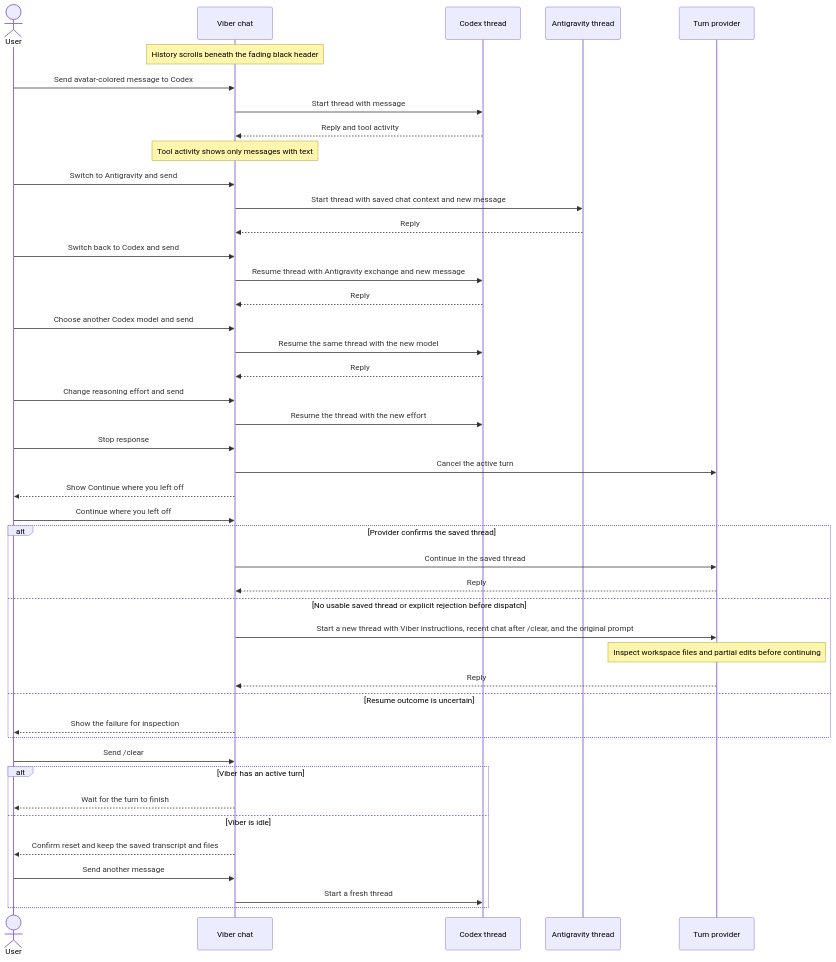
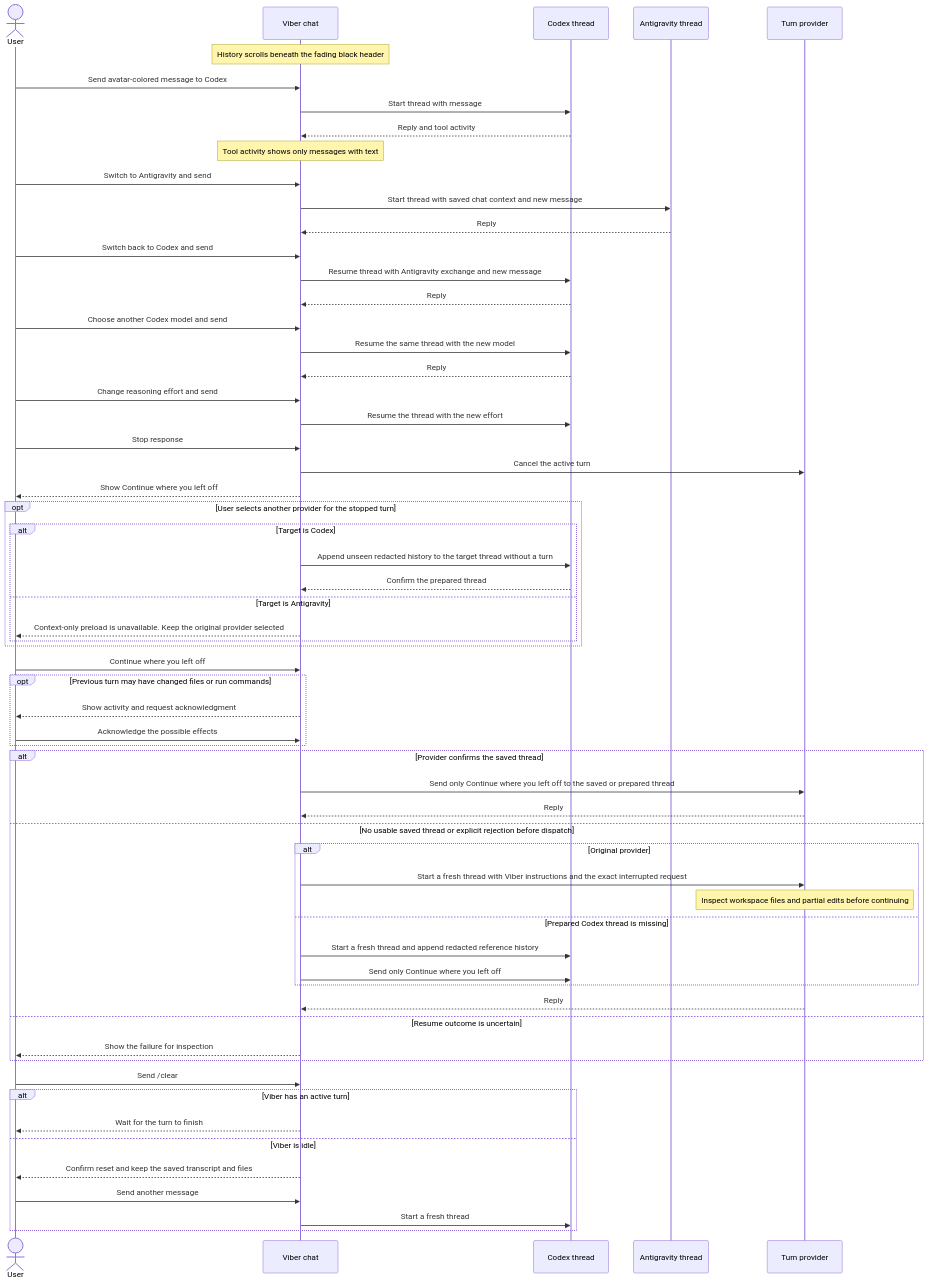
One commit to akshajrawat/akkco-vibestar changed the diagram in FEATUREMAP.md. Above: the diagram before and after it, drawn with Mermaid. The commit also changed 12 other files, not shown here.

Commit message:
fix(vibers): preserve stopped context across providers

````diff
--- a/FEATUREMAP.md
+++ b/FEATUREMAP.md
@@ -1,47 +1,64 @@
 ```mermaid
 sequenceDiagram
     actor User
     participant Chat as Viber chat
     participant Codex as Codex thread
     participant AGY as Antigravity thread
 
     participant Provider as Turn provider
     Note over Chat: History scrolls beneath the fading black header
     User->>Chat: Send avatar-colored message to Codex
     Chat->>Codex: Start thread with message
     Codex-->>Chat: Reply and tool activity
     Note over Chat: Tool activity shows only messages with text
     User->>Chat: Switch to Antigravity and send
     Chat->>AGY: Start thread with saved chat context and new message
     AGY-->>Chat: Reply
     User->>Chat: Switch back to Codex and send
     Chat->>Codex: Resume thread with Antigravity exchange and new message
     Codex-->>Chat: Reply
     User->>Chat: Choose another Codex model and send
     Chat->>Codex: Resume the same thread with the new model
     Codex-->>Chat: Reply
     User->>Chat: Change reasoning effort and send
     Chat->>Codex: Resume the thread with the new effort
     User->>Chat: Stop response
     Chat->>Provider: Cancel the active turn
     Chat-->>User: Show Continue where you left off
+    opt User selects another provider for the stopped turn
+        alt Target is Codex
+            Chat->>Codex: Append unseen redacted history to the target thread without a turn
+            Codex-->>Chat: Confirm the prepared thread
+        else Target is Antigravity
+            Chat-->>User: Context-only preload is unavailable. Keep the original provider selected
+        end
+    end
     User->>Chat: Continue where you left off
+    opt Previous turn may have changed files or run commands
+        Chat-->>User: Show activity and request acknowledgment
+        User->>Chat: Acknowledge the possible effects
+    end
     alt Provider confirms the saved thread
-        Chat->>Provider: Continue in the saved thread
+        Chat->>Provider: Send only Continue where you left off to the saved or prepared thread
         Provider-->>Chat: Reply
     else No usable saved thread or explicit rejection before dispatch
-        Chat->>Provider: Start a new thread with Viber instructions, recent chat after /clear, and the original prompt
-        Note over Provider: Inspect workspace files and partial edits before continuing
+        alt Original provider
+            Chat->>Provider: Start a fresh thread with Viber instructions and the exact interrupted request
+            Note over Provider: Inspect workspace files and partial edits before continuing
+        else Prepared Codex thread is missing
+            Chat->>Codex: Start a fresh thread and append redacted reference history
+            Chat->>Codex: Send only Continue where you left off
+        end
         Provider-->>Chat: Reply
     else Resume outcome is uncertain
         Chat-->>User: Show the failure for inspection
     end
     User->>Chat: Send /clear
     alt Viber has an active turn
         Chat-->>User: Wait for the turn to finish
     else Viber is idle
         Chat-->>User: Confirm reset and keep the saved transcript and files
         User->>Chat: Send another message
         Chat->>Codex: Start a fresh thread
     end
 ```
````
